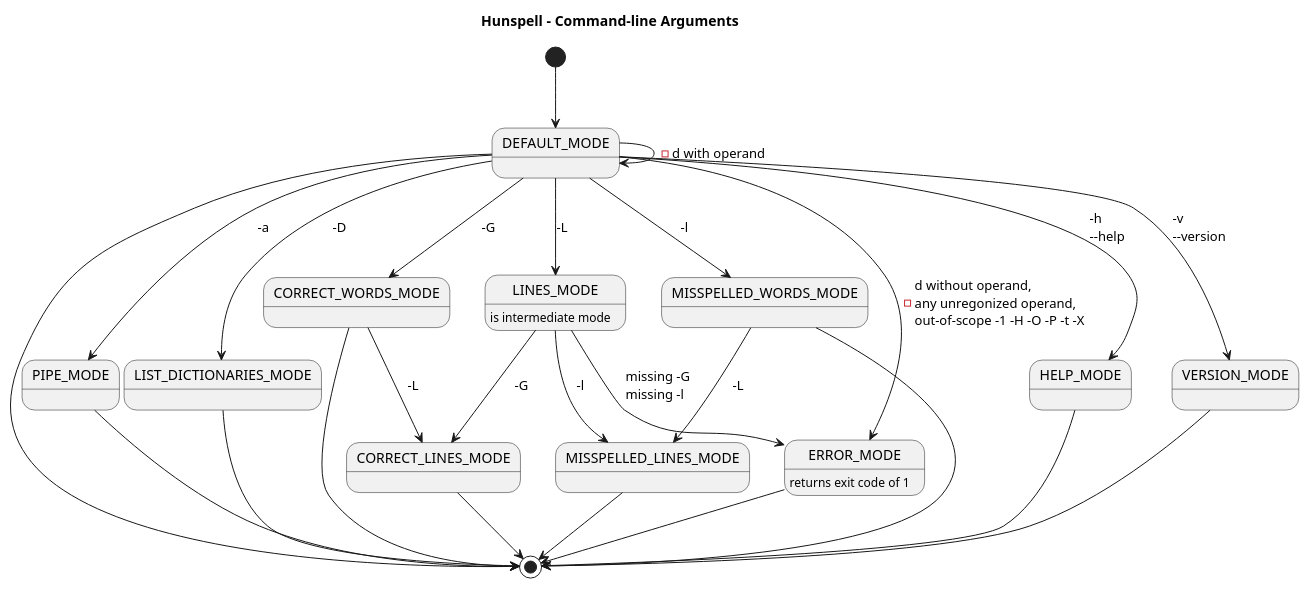
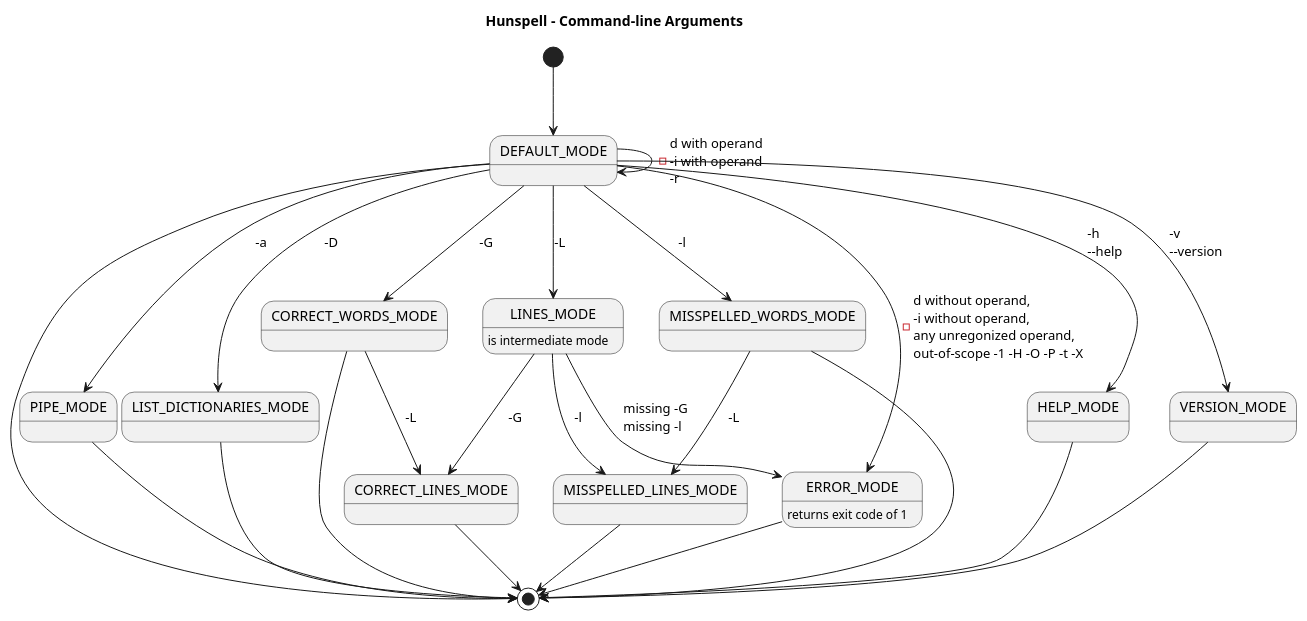
One commit to nuspell/misc-nuspell changed the diagram in uml/plantuml/command-line-arguments-state-diagram.pu. Above: the diagram before and after it, drawn with PlantUML. The commit also changed 5 other files, not shown here.

```diff
--- a/uml/plantuml/command-line-arguments-state-diagram.pu
+++ b/uml/plantuml/command-line-arguments-state-diagram.pu
@@ -1,42 +1,42 @@
 @startuml
 
 title Hunspell - Command-line Arguments
 
 [*] --> DEFAULT_MODE
 
-DEFAULT_MODE --> DEFAULT_MODE : -d with operand
+DEFAULT_MODE --> DEFAULT_MODE : -d with operand\l-i with operand\l-r
 DEFAULT_MODE --> [*]
 
 DEFAULT_MODE --> PIPE_MODE : -a
 PIPE_MODE --> [*]
 
 DEFAULT_MODE --> LIST_DICTIONARIES_MODE : -D
 LIST_DICTIONARIES_MODE --> [*]
 
 DEFAULT_MODE --> CORRECT_WORDS_MODE : -G
 CORRECT_WORDS_MODE --> CORRECT_LINES_MODE : -L
 CORRECT_WORDS_MODE --> [*]
 CORRECT_LINES_MODE --> [*]
 
 DEFAULT_MODE --> MISSPELLED_WORDS_MODE : -l
 MISSPELLED_WORDS_MODE --> MISSPELLED_LINES_MODE : -L
 MISSPELLED_LINES_MODE --> [*]
 MISSPELLED_WORDS_MODE --> [*]
 
 DEFAULT_MODE --> LINES_MODE : -L
 LINES_MODE : is intermediate mode
 LINES_MODE --> CORRECT_LINES_MODE : -G
 LINES_MODE --> MISSPELLED_LINES_MODE : -l
 LINES_MODE --> ERROR_MODE : missing -G\lmissing -l
 
 DEFAULT_MODE --> HELP_MODE : -h\l--help
 HELP_MODE --> [*]
 
 DEFAULT_MODE --> VERSION_MODE : -v\l--version
 VERSION_MODE --> [*]
 
-DEFAULT_MODE --> ERROR_MODE : -d without operand,\lany unregonized operand,\lout-of-scope -1 -H -O -P -t -X
+DEFAULT_MODE --> ERROR_MODE : -d without operand,\l-i without operand,\lany unregonized operand,\lout-of-scope -1 -H -O -P -t -X
 ERROR_MODE --> [*]
 ERROR_MODE : returns exit code of 1
 
 @enduml
```
